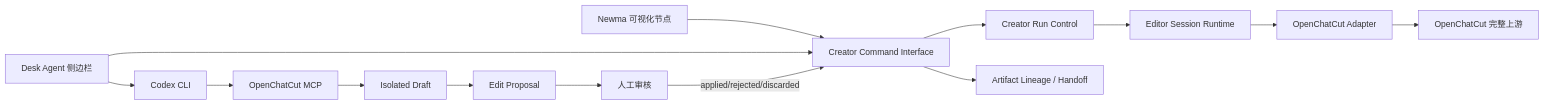
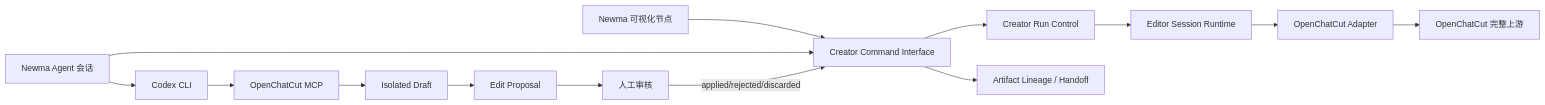
Before and after one commit to leecyno1/newma-desk: the diagram in docs/technical/newma-openchatcut-integration-20260823.md, drawn with Mermaid. The commit also changed other lines of this file and 706 other files, not shown here.

````diff
--- a/docs/technical/newma-openchatcut-integration-20260823.md
+++ b/docs/technical/newma-openchatcut-integration-20260823.md
@@ -23,16 +23,16 @@
 ```mermaid
 flowchart LR
   UI[Newma 可视化节点] --> CC[Creator Command Interface]
-  AG[Desk Agent 侧边栏] --> CC
+  AG[Newma Agent 会话] --> CC
   CC --> RC[Creator Run Control]
   RC --> ES[Editor Session Runtime]
   ES --> OA[OpenChatCut Adapter]
   OA --> OC[OpenChatCut 完整上游]
   AG --> CX[Codex CLI]
   CX --> MCP[OpenChatCut MCP]
   MCP --> DRAFT[Isolated Draft]
   DRAFT --> PROP[Edit Proposal]
   PROP --> REVIEW[人工审核]
   REVIEW -->|applied/rejected/discarded| CC
   CC --> AL[Artifact Lineage / Handoff]
 ```
````
